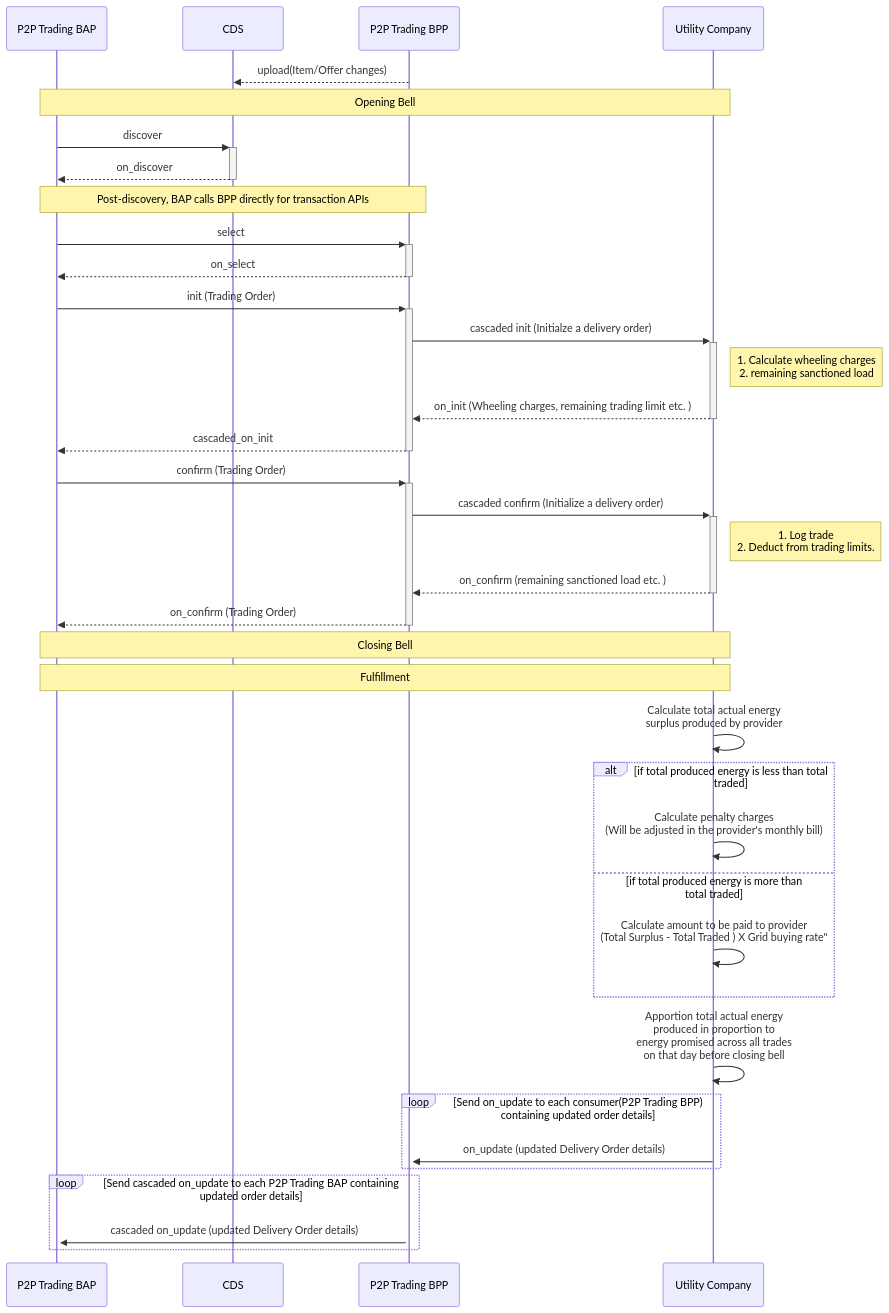
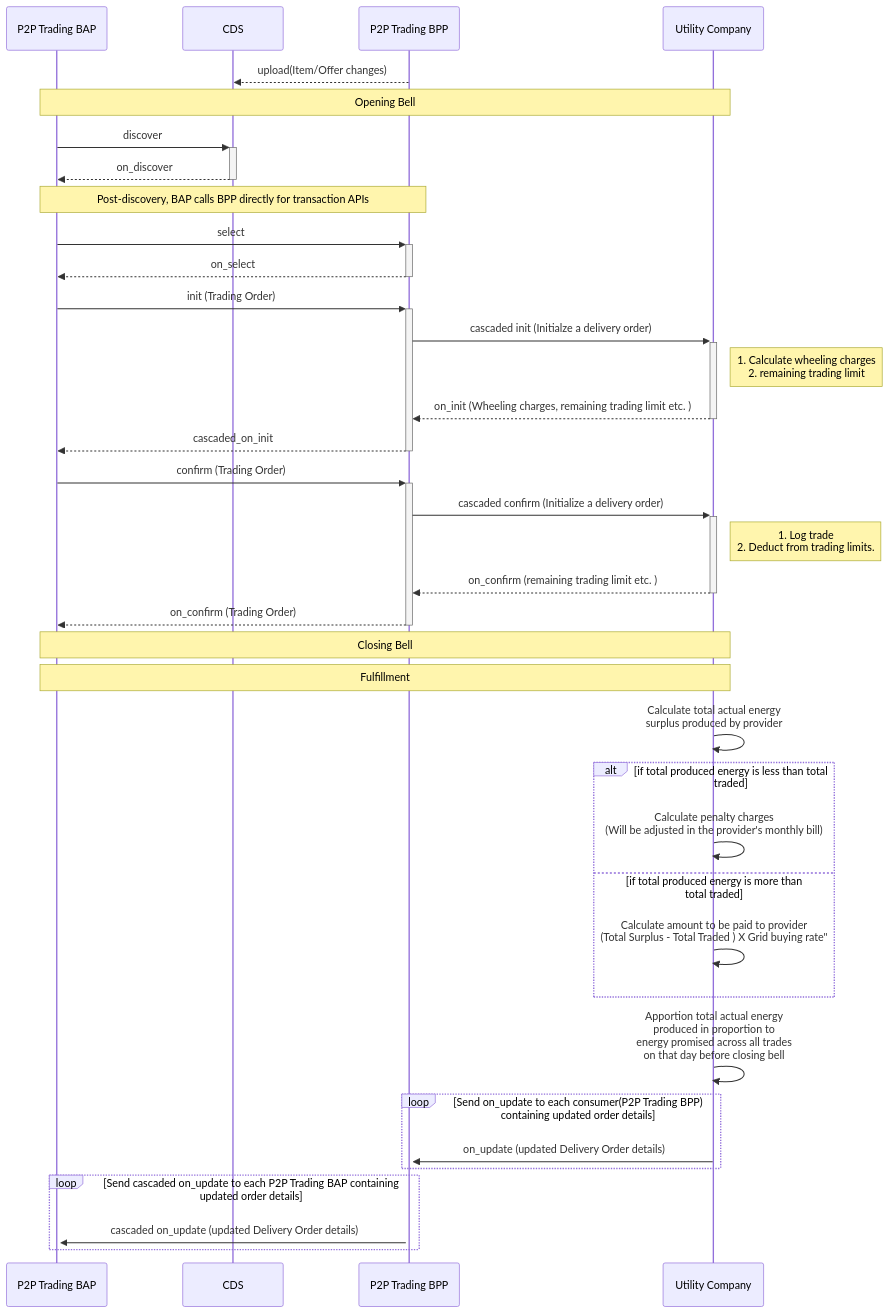
The first of 2 diagrams in docs/implementation-guides/v2/P2P_Trading/P2P_Trading_implementation_guide_DRAFT.md (beckn/DEG), drawn with Mermaid before and after one commit.

Commit message:
replaced sanctioned load with trading limit in p2p trading implementation guide

````diff
--- a/docs/implementation-guides/v2/P2P_Trading/P2P_Trading_implementation_guide_DRAFT.md
+++ b/docs/implementation-guides/v2/P2P_Trading/P2P_Trading_implementation_guide_DRAFT.md
@@ -149,42 +149,42 @@
 ```mermaid
 sequenceDiagram
     participant P2P Trading BAP
     participant CDS
     participant P2P Trading BPP
     participant Utility Company
     P2P Trading BPP-->>CDS: upload(Item/Offer changes)
     Note over P2P Trading BAP, Utility Company: Opening Bell
     P2P Trading BAP->>+CDS: discover
     CDS-->>-P2P Trading BAP: on_discover
     Note over P2P Trading BAP, P2P Trading BPP: Post-discovery, BAP calls BPP directly for transaction APIs
     P2P Trading BAP->>+P2P Trading BPP: select
     P2P Trading BPP-->>-P2P Trading BAP: on_select
 
     P2P Trading BAP->>+P2P Trading BPP: init (Trading Order)
     P2P Trading BPP->>+Utility Company: cascaded init (Initialze a delivery order)
-      Note right of Utility Company: 1. Calculate wheeling charges<br/>2. remaining sanctioned load
+      Note right of Utility Company: 1. Calculate wheeling charges<br/>2. remaining trading limit
     Utility Company-->>-P2P Trading BPP: on_init (Wheeling charges, remaining trading limit etc. )
     P2P Trading BPP-->>-P2P Trading BAP: cascaded_on_init
 
     P2P Trading BAP->>+P2P Trading BPP: confirm (Trading Order)
     P2P Trading BPP->>+Utility Company: cascaded confirm (Initialize a delivery order)
       Note right of Utility Company: 1. Log trade<br/>2. Deduct from trading limits.
-    Utility Company-->>-P2P Trading BPP: on_confirm (remaining sanctioned load etc. )
+    Utility Company-->>-P2P Trading BPP: on_confirm (remaining trading limit etc. )
     P2P Trading BPP-->>-P2P Trading BAP: on_confirm (Trading Order)
     Note over P2P Trading BAP, Utility Company: Closing Bell
 
     Note over P2P Trading BAP, Utility Company: Fulfillment
      Utility Company->> Utility Company: Calculate total actual energy <br> surplus produced by provider
     alt if total produced energy is less than total traded
         Utility Company->> Utility Company: Calculate penalty charges <br> (Will be adjusted in the provider's monthly bill)
     else if total produced energy is more than total traded
         Utility Company->> Utility Company: Calculate amount to be paid to provider <br> (Total Surplus - Total Traded ) X Grid buying rate"
     end
     Utility Company->> Utility Company: Apportion total actual energy <br> produced in proportion to <br> energy promised across all trades <br> on that day before closing bell
     loop Send on_update to each consumer(P2P Trading BPP) containing updated order details
         Utility Company->>+P2P Trading BPP: on_update (updated Delivery Order details)
     end
     loop Send cascaded on_update to each P2P Trading BAP containing updated order details
        P2P Trading BPP->>+P2P Trading BAP: cascaded on_update (updated Delivery Order details)
     end
 ```
````
